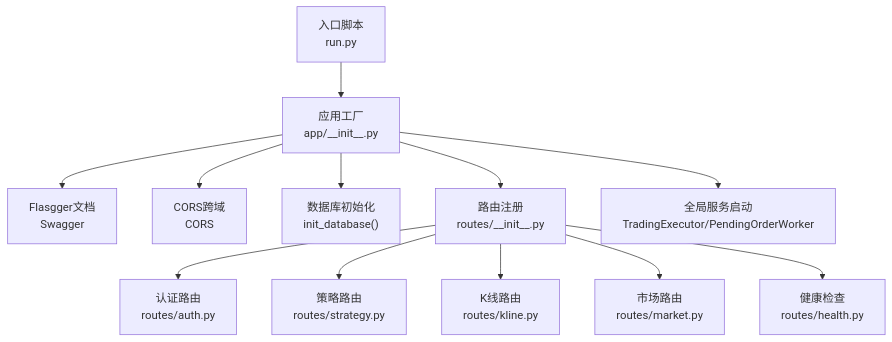
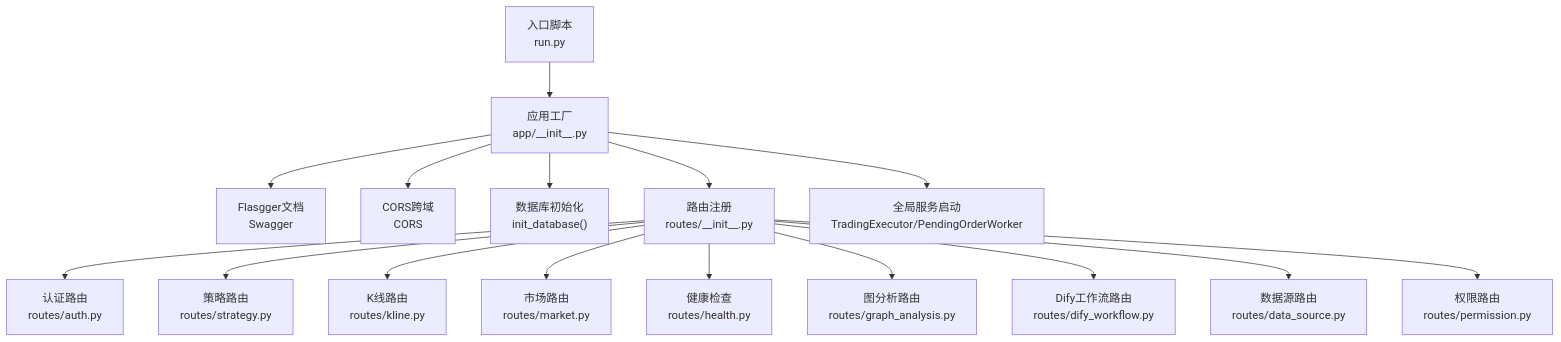
Before and after one commit to joezxh/QuantDinger: the first of 10 diagrams in .qoder/repowiki/zh/content/API参考文档/API参考文档.md, drawn with Mermaid. The commit also changed other lines of this file and 27 other files, not shown here.

````diff
--- a/.qoder/repowiki/zh/content/API参考文档/API参考文档.md
+++ b/.qoder/repowiki/zh/content/API参考文档/API参考文档.md
@@ -36,14 +60,18 @@
 ```mermaid
 graph TB
 A["入口脚本<br/>run.py"] --> B["应用工厂<br/>app/__init__.py"]
 B --> C["Flasgger文档<br/>Swagger"]
 B --> D["CORS跨域<br/>CORS"]
 B --> E["数据库初始化<br/>init_database()"]
 B --> F["路由注册<br/>routes/__init__.py"]
 F --> G["认证路由<br/>routes/auth.py"]
 F --> H["策略路由<br/>routes/strategy.py"]
 F --> I["K线路由<br/>routes/kline.py"]
 F --> J["市场路由<br/>routes/market.py"]
 F --> K["健康检查<br/>routes/health.py"]
-B --> L["全局服务启动<br/>TradingExecutor/PendingOrderWorker"]
+F --> L["图分析路由<br/>routes/graph_analysis.py"]
+F --> M["Dify工作流路由<br/>routes/dify_workflow.py"]
+F --> N["数据源路由<br/>routes/data_source.py"]
+F --> O["权限路由<br/>routes/permission.py"]
+B --> P["全局服务启动<br/>TradingExecutor/PendingOrderWorker"]
 ```
````
